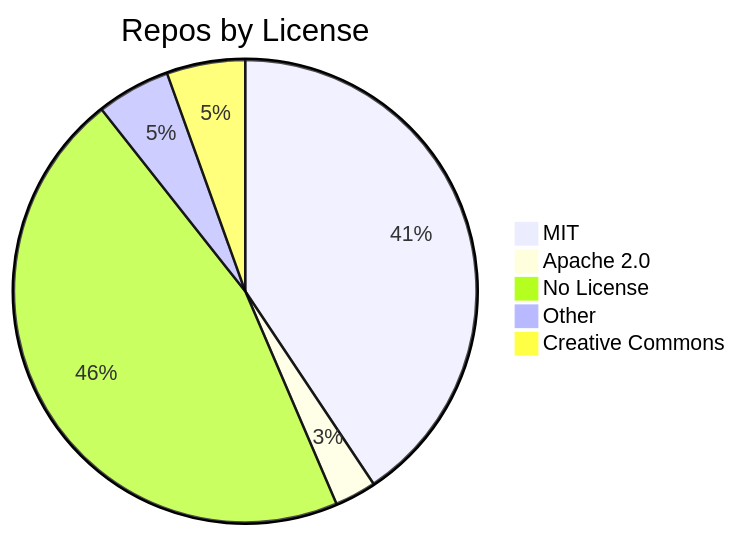
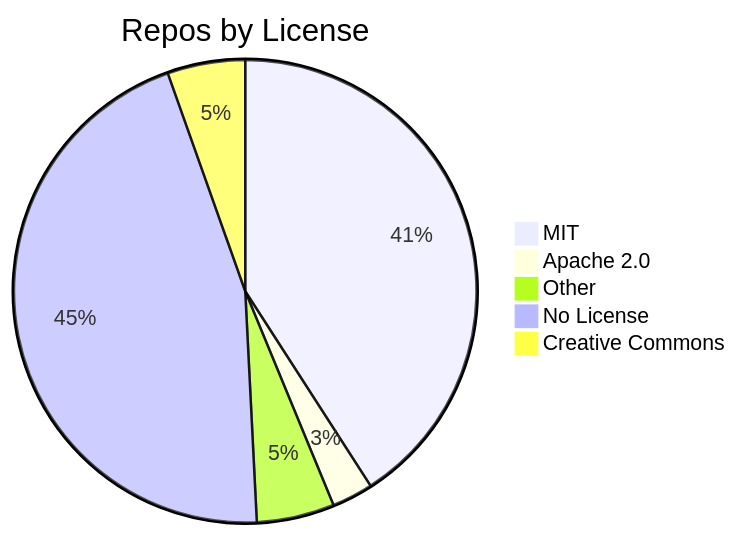
One commit to jpatterson933/awesome-mcp-server-repo-index changed the diagram in README.md. Above: the diagram before and after it, drawn with Mermaid. The commit also changed other lines of this file and 3 other files, not shown here.

````diff
--- a/README.md
+++ b/README.md
@@ -29,8 +29,8 @@
 ```mermaid
 pie title Repos by License
-    "MIT" : 126
+    "MIT" : 128
     "Apache 2.0" : 9
+    "Other" : 17
     "No License" : 142
-    "Other" : 16
     "Creative Commons" : 17
 ```
````
